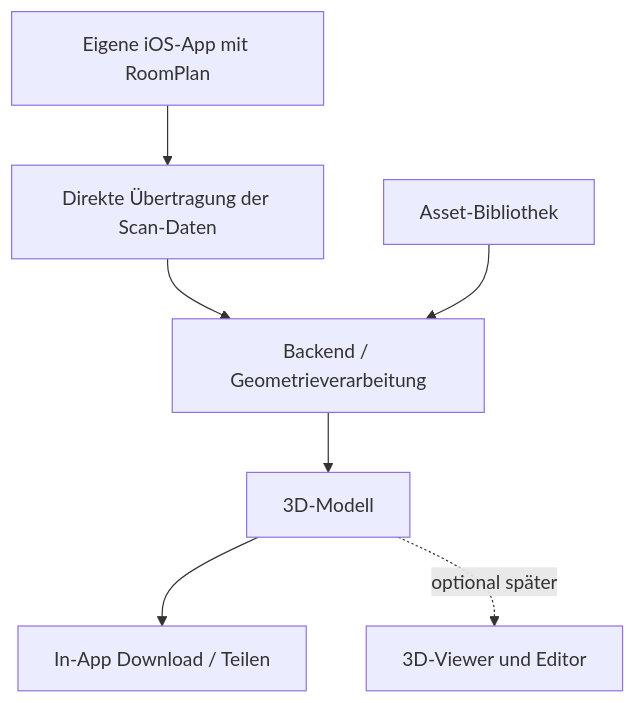
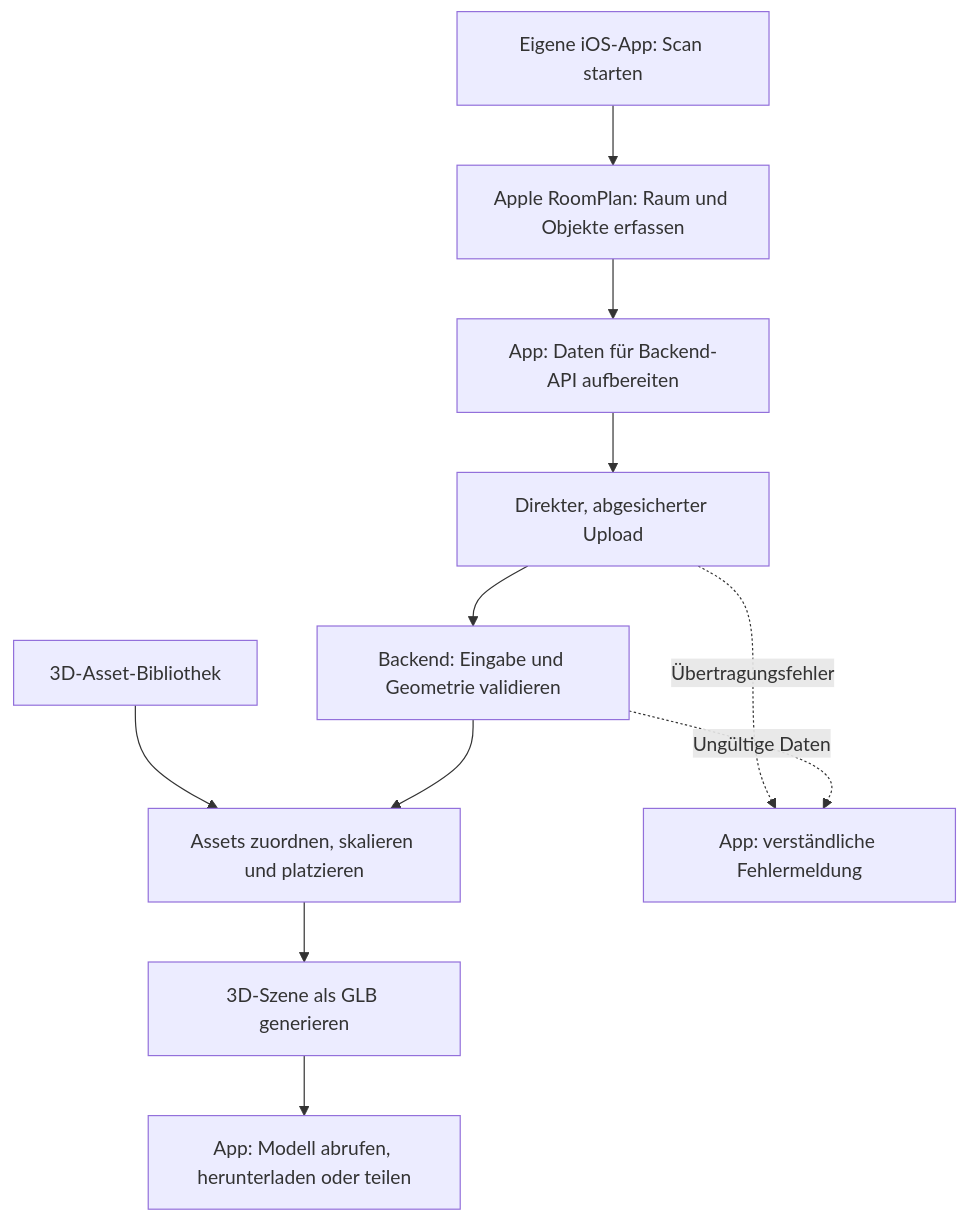
Before and after one commit to Jonas-Maihoefer/room-twin: the diagram in docs/architecture/system-flow.md, drawn with Mermaid. The commit also changed other lines of this file and 9 other files, not shown here.

Commit message:
docs: make native RoomPlan iOS app the sole architecture

````diff
--- a/docs/architecture/system-flow.md
+++ b/docs/architecture/system-flow.md
@@ -25,9 +9,13 @@
 ```mermaid
 flowchart TD
- A[Eigene iOS-App mit RoomPlan] --> B[Direkte Übertragung der Scan-Daten]
- B --> C[Backend / Geometrieverarbeitung]
- D[Asset-Bibliothek] --> C
- C --> E[3D-Modell]
- E --> F[In-App Download / Teilen]
- E -. optional später .-> G[3D-Viewer und Editor]
+    A[Eigene iOS-App: Scan starten] --> B[Apple RoomPlan: Raum und Objekte erfassen]
+    B --> C[App: Daten für Backend-API aufbereiten]
+    C --> D[Direkter, abgesicherter Upload]
+    D --> E[Backend: Eingabe und Geometrie validieren]
+    F[3D-Asset-Bibliothek] --> G[Assets zuordnen, skalieren und platzieren]
+    E --> G
+    G --> H[3D-Szene als GLB generieren]
+    H --> I[App: Modell abrufen, herunterladen oder teilen]
+    D -. Übertragungsfehler .-> J[App: verständliche Fehlermeldung]
+    E -. Ungültige Daten .-> J
 ```
````
